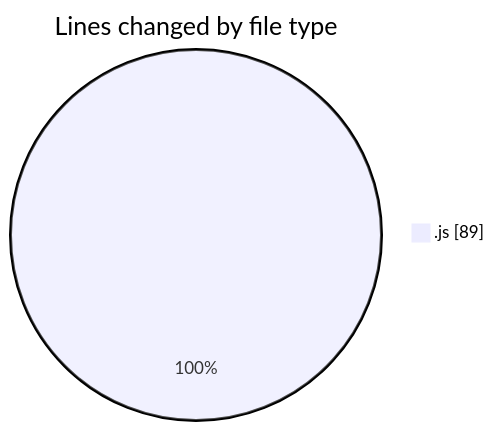
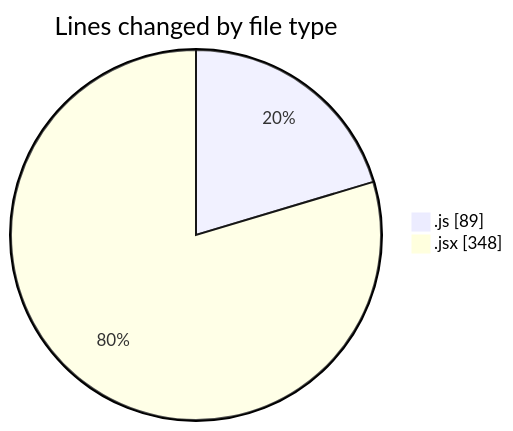
The first of 2 diagrams in 2025-05-03/nxtqube_webapp/README.md (nxtqubesakshisongat/code-tracking), drawn with Mermaid before and after one commit. The commit also changed other lines of this file and 1 other file, not shown here.

````diff
--- a/2025-05-03/nxtqube_webapp/README.md
+++ b/2025-05-03/nxtqube_webapp/README.md
@@ -20,5 +21,6 @@
 ```mermaid
 pie showData
 title Lines changed by file type
 ".js" : 89
+".jsx" : 348
 ```
````
